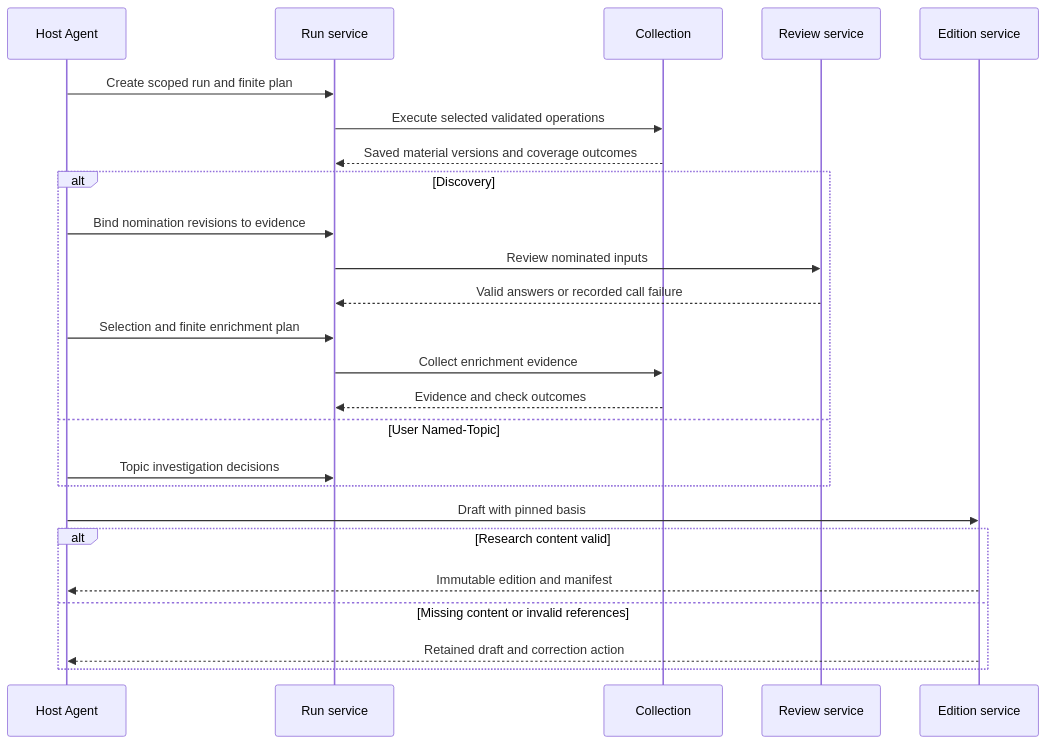
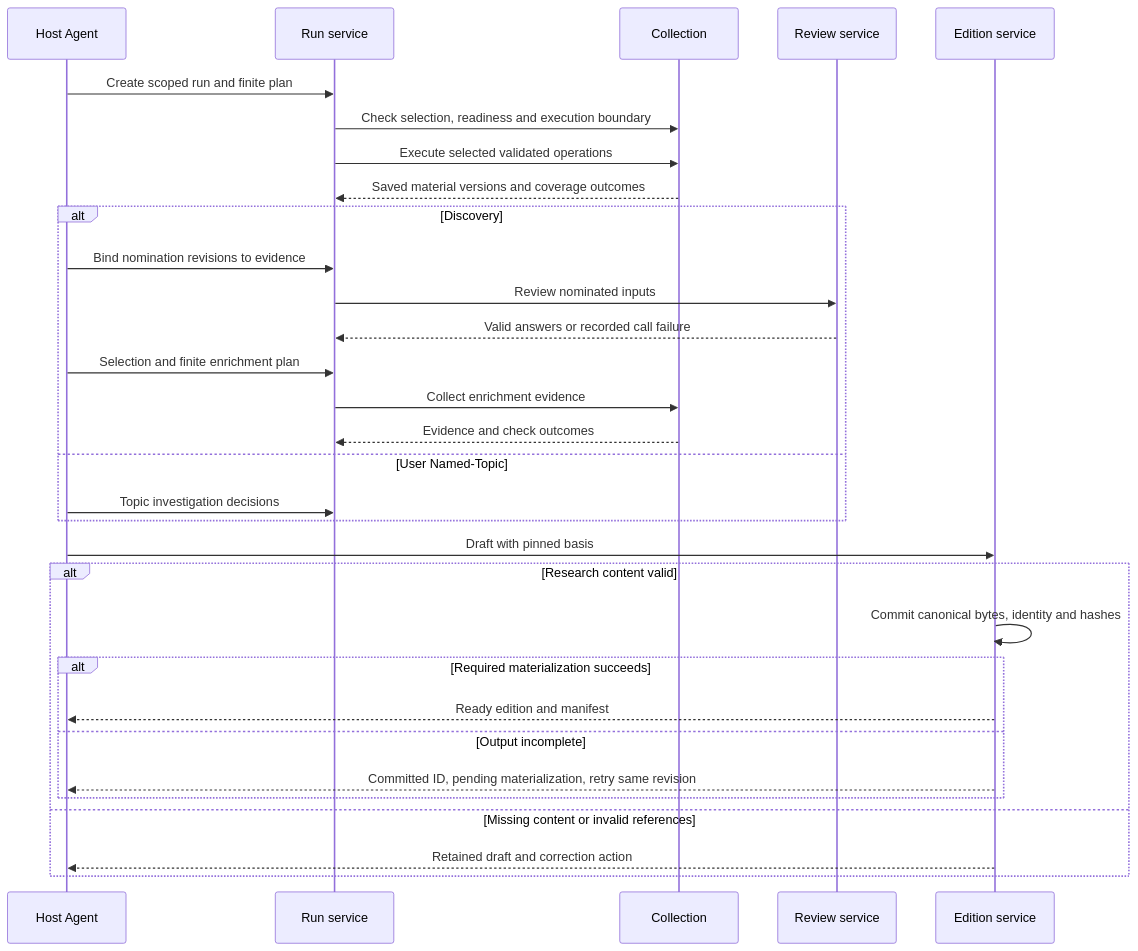
Before and after one commit to patgu9/Siglens: the third of 4 diagrams in doc/2026-10-10-siglens-research/technical-design.md, drawn with Mermaid. The commit also changed other lines of this file and 1 other file, not shown here.

````diff
--- a/doc/2026-10-10-siglens-research/technical-design.md
+++ b/doc/2026-10-10-siglens-research/technical-design.md
@@ -168,27 +194,33 @@
 ```mermaid
 sequenceDiagram
   participant A as Host Agent
   participant R as Run service
   participant C as Collection
   participant J as Review service
   participant E as Edition service
   A->>R: Create scoped run and finite plan
+  R->>C: Check selection, readiness and execution boundary
   R->>C: Execute selected validated operations
   C-->>R: Saved material versions and coverage outcomes
   alt Discovery
     A->>R: Bind nomination revisions to evidence
     R->>J: Review nominated inputs
     J-->>R: Valid answers or recorded call failure
     A->>R: Selection and finite enrichment plan
     R->>C: Collect enrichment evidence
     C-->>R: Evidence and check outcomes
   else User Named-Topic
     A->>R: Topic investigation decisions
   end
   A->>E: Draft with pinned basis
   alt Research content valid
-    E-->>A: Immutable edition and manifest
+    E->>E: Commit canonical bytes, identity and hashes
+    alt Required materialization succeeds
+      E-->>A: Ready edition and manifest
+    else Output incomplete
+      E-->>A: Committed ID, pending materialization, retry same revision
+    end
   else Missing content or invalid references
     E-->>A: Retained draft and correction action
   end
 ```
````
